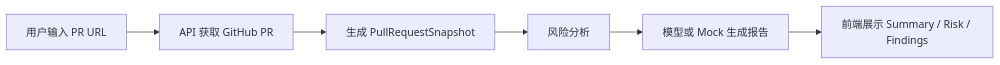
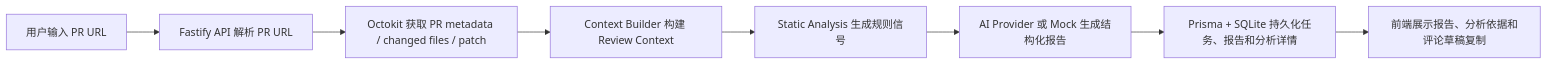
Before and after one commit to cc-c122/AI-PR-Reviewer: the diagram in README.md, drawn with Mermaid. The commit also changed other lines of this file and 29 other files, not shown here.

````diff
--- a/README.md
+++ b/README.md
@@ -53,8 +89,10 @@
 ```mermaid
 flowchart LR
-  A["用户输入 PR URL"] --> B["API 获取 GitHub PR"]
-  B --> C["生成 PullRequestSnapshot"]
-  C --> D["风险分析"]
-  D --> E["模型或 Mock 生成报告"]
-  E --> F["前端展示 Summary / Risk / Findings"]
+  A["用户输入 PR URL"] --> B["Fastify API 解析 PR URL"]
+  B --> C["Octokit 获取 PR metadata / changed files / patch"]
+  C --> D["Context Builder 构建 Review Context"]
+  D --> E["Static Analysis 生成规则信号"]
+  E --> F["AI Provider 或 Mock 生成结构化报告"]
+  F --> G["Prisma + SQLite 持久化任务、报告和分析详情"]
+  G --> H["前端展示报告、分析依据和评论草稿复制"]
 ```
````
